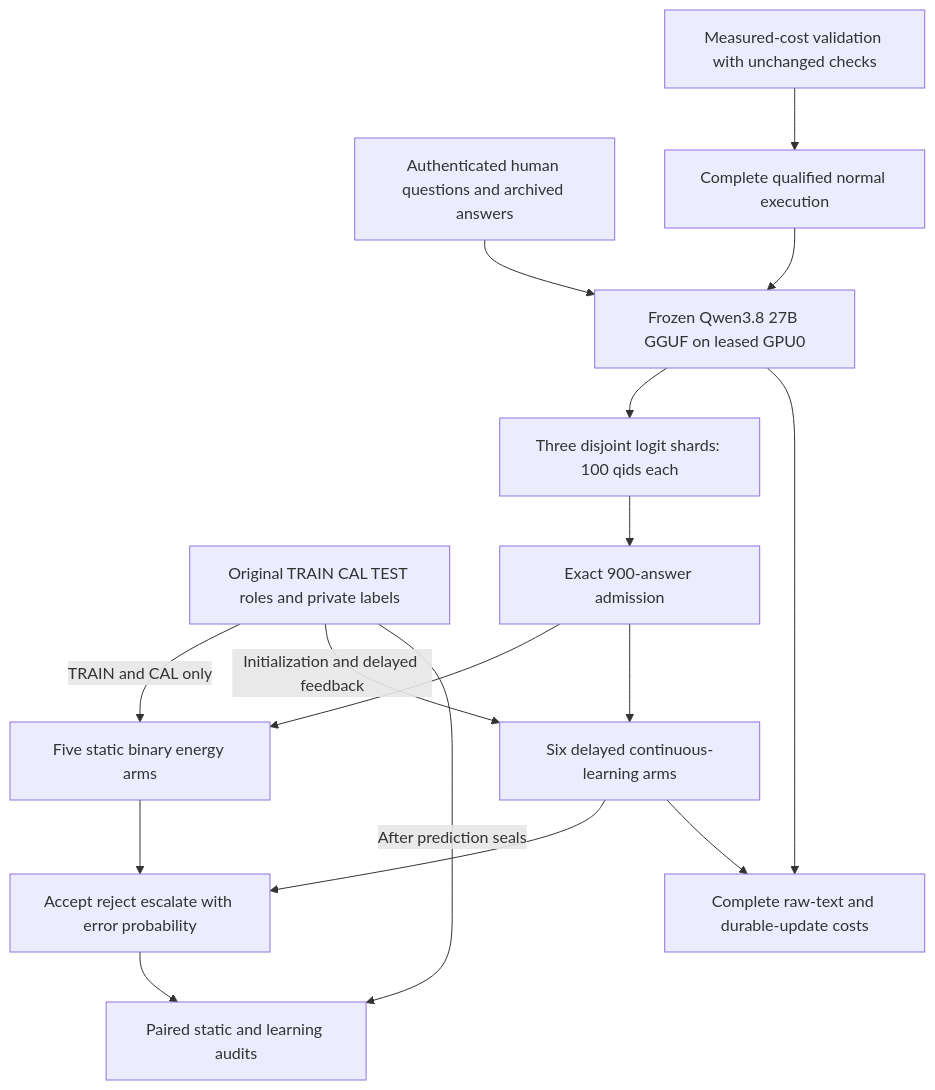
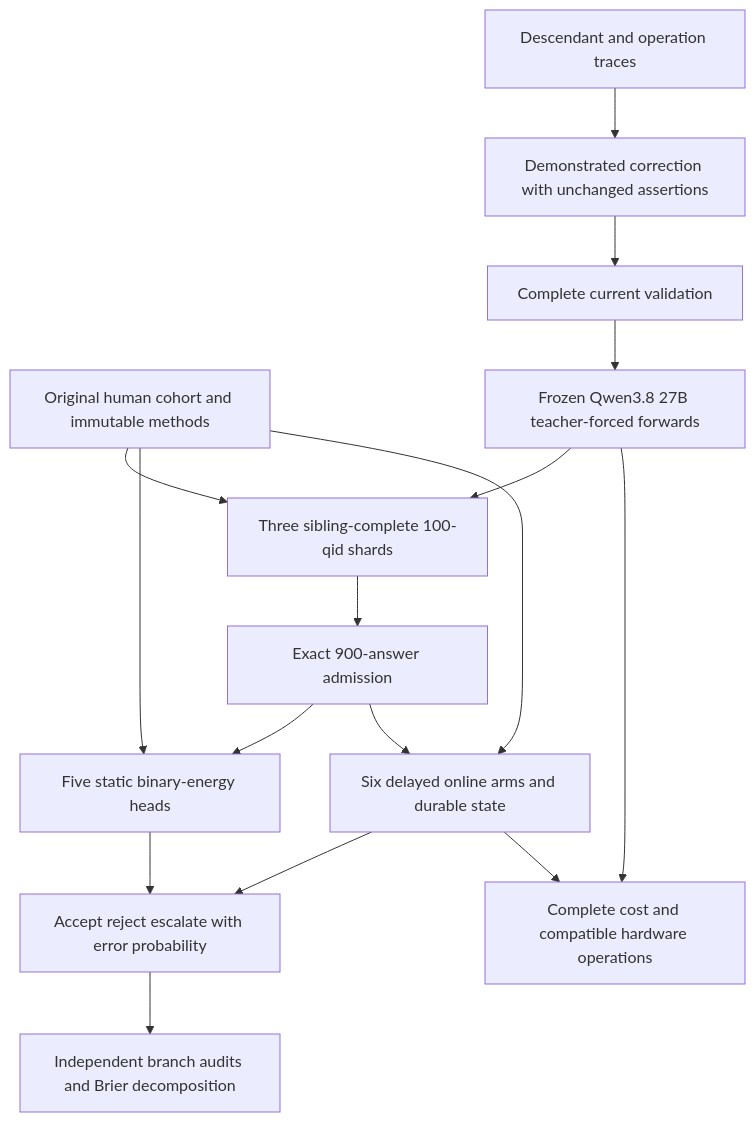
One commit to Carnot-EBM/carnot-ebm changed the first of 2 diagrams in openspec/change-proposals/research-roadmap-vNEXT.md. Above: the diagram before and after it, drawn with Mermaid. The commit also changed other lines of this file and 19 other files, not shown here.

````diff
--- a/openspec/change-proposals/research-roadmap-vNEXT.md
+++ b/openspec/change-proposals/research-roadmap-vNEXT.md
@@ -88,25 +87,24 @@
 ```mermaid
 flowchart TD
-  H[Authenticated human questions and archived answers]
-  R[Original TRAIN CAL TEST roles and private labels]
-  P[Measured-cost validation with unchanged checks]
-  V[Complete qualified normal execution]
-  Q[Frozen Qwen3.8 27B GGUF on leased GPU0]
-  L[Three disjoint logit shards: 100 qids each]
+  C[Original human cohort and immutable methods]
+  T[Descendant and operation traces]
+  F[Demonstrated correction with unchanged assertions]
+  V[Complete current validation]
+  Q[Frozen Qwen3.8 27B teacher-forced forwards]
+  X[Three sibling-complete 100-qid shards]
   J[Exact 900-answer admission]
-  S[Five static binary energy arms]
-  U[Six delayed continuous-learning arms]
+  S[Five static binary-energy heads]
+  L[Six delayed online arms and durable state]
   D[Accept reject escalate with error probability]
-  A[Paired static and learning audits]
-  C[Complete raw-text and durable-update costs]
-  P --> V --> Q
-  H --> Q --> L --> J
+  A[Independent branch audits and Brier decomposition]
+  K[Complete cost and compatible hardware operations]
+  T --> F --> V --> Q --> X --> J
+  C --> X
+  C --> S
+  C --> L
   J --> S --> D
-  J --> U --> D
-  R -->|TRAIN and CAL only| S
-  R -->|Initialization and delayed feedback| U
-  R -->|After prediction seals| A
+  J --> L --> D
   D --> A
-  Q --> C
-  U --> C
+  Q --> K
+  L --> K
 ```
````
